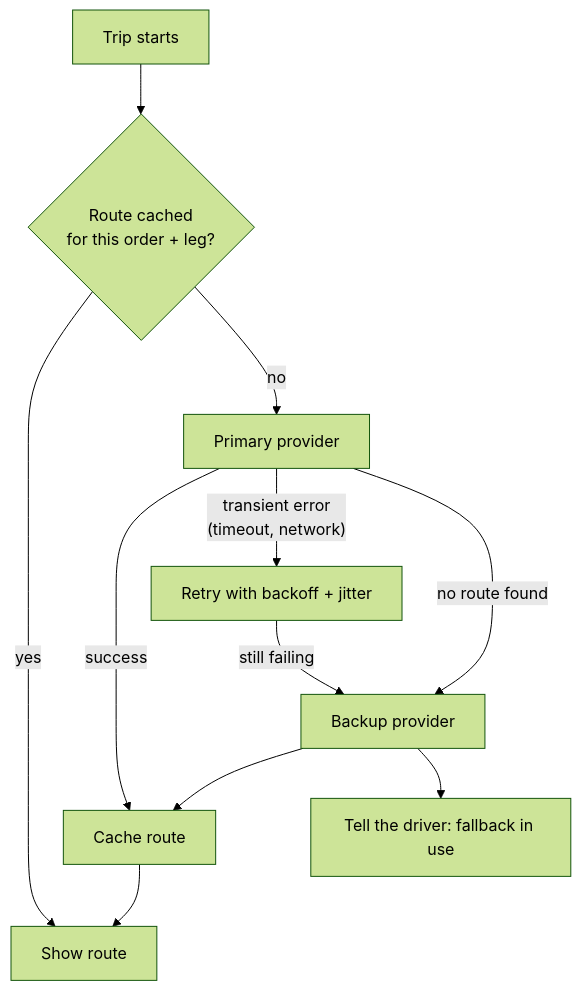
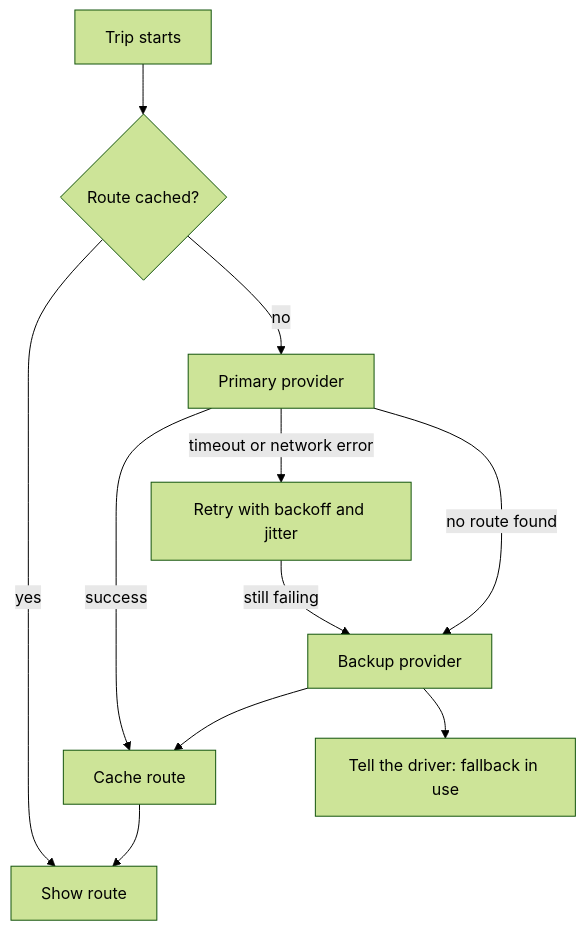
The diagram in 02-dual-provider-routing.md (Nahmeg28/engineering-case-studies), drawn with Mermaid (forest theme) before and after one commit. The commit also changed 1 other file, not shown here.

Commit message:
Fix diagram layout in case studies 01 and 02

````diff
--- a/02-dual-provider-routing.md
+++ b/02-dual-provider-routing.md
@@ -16,12 +16,12 @@
 ```mermaid
 flowchart TD
-    Trip["Trip starts"] --> Cache{"Route cached<br/>for this order + leg?"}
-    Cache -- yes --> Show["Show route"]
-    Cache -- no --> P["Primary provider"]
-    P -- success --> Store["Cache route"] --> Show
-    P -- "transient error<br/>(timeout, network)" --> Retry["Retry with backoff + jitter"]
-    Retry -- "still failing" --> B["Backup provider"]
-    P -- "no route found" --> B
+    Trip["Trip starts"] --> Cache{"Route cached?"}
+    Cache -->|yes| Show["Show route"]
+    Cache -->|no| P["Primary provider"]
+    P -->|success| Store["Cache route"] --> Show
+    P -->|"timeout or network error"| Retry["Retry with backoff and jitter"]
+    Retry -->|"still failing"| B["Backup provider"]
+    P -->|"no route found"| B
     B --> Store
     B --> Notify["Tell the driver: fallback in use"]
 ```
````
